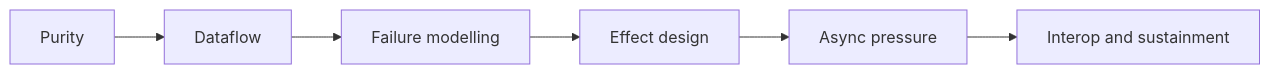
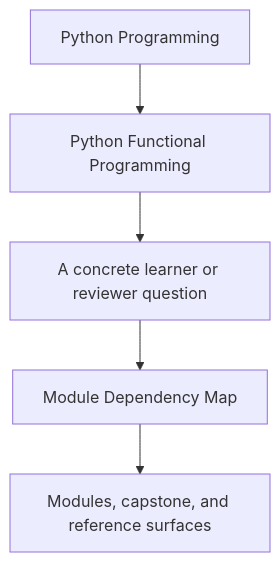
Before and after one commit to bijux/bijux-masterclass: the first of 2 diagrams in programs/python-programming/python-functional-programming/course-book/guides/module-dependency-map.md, drawn with Mermaid. The commit also changed other lines of this file and 23 other files, not shown here.

Commit message:
docs(python-functional-programming): sharpen guide and reference diagrams

````diff
--- a/programs/python-programming/python-functional-programming/course-book/guides/module-dependency-map.md
+++ b/programs/python-programming/python-functional-programming/course-book/guides/module-dependency-map.md
@@ -20,8 +7,7 @@
 ```mermaid
-flowchart LR
-  purity["Purity"] --> dataflow["Dataflow"]
-  dataflow --> failure["Failure modelling"]
-  failure --> effects["Effect design"]
-  effects --> async["Async pressure"]
-  async --> interop["Interop and sustainment"]
+flowchart TD
+  family["Python Programming"] --> program["Python Functional Programming"]
+  program --> pressure["A concrete learner or reviewer question"]
+  pressure --> guide["Module Dependency Map"]
+  guide --> next["Modules, capstone, and reference surfaces"]
 ```
````
